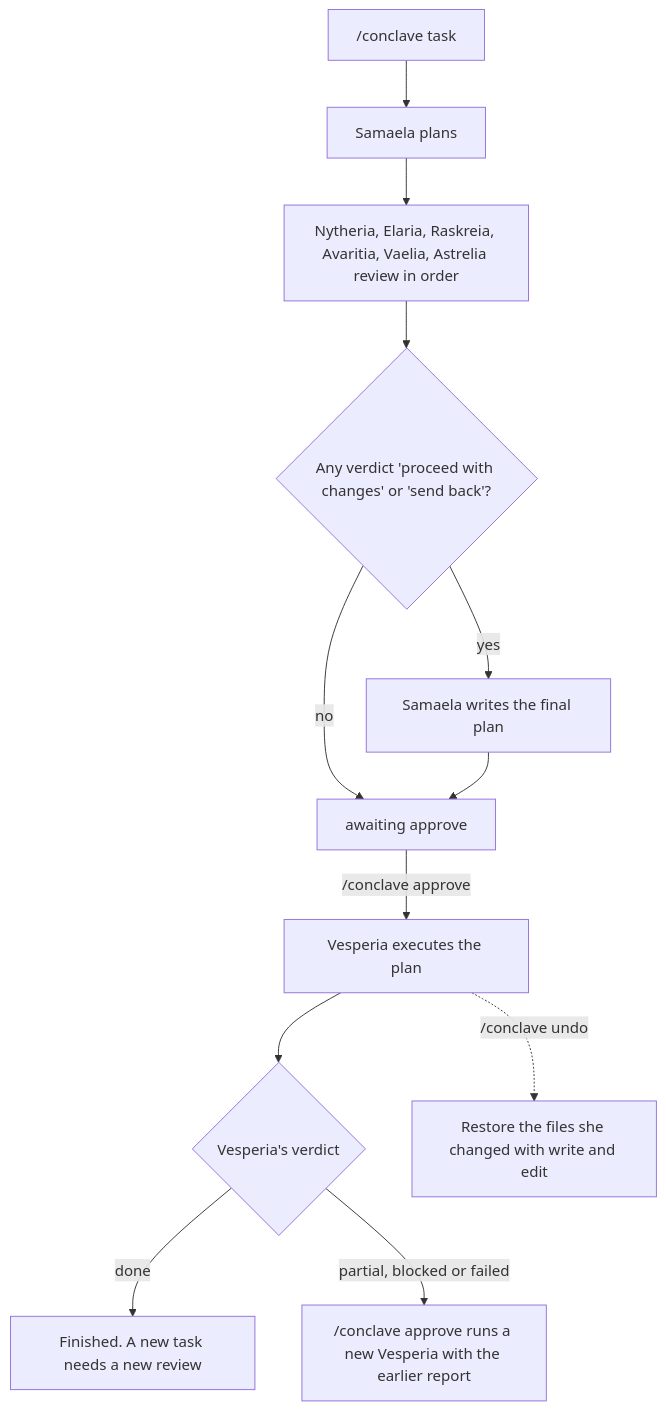
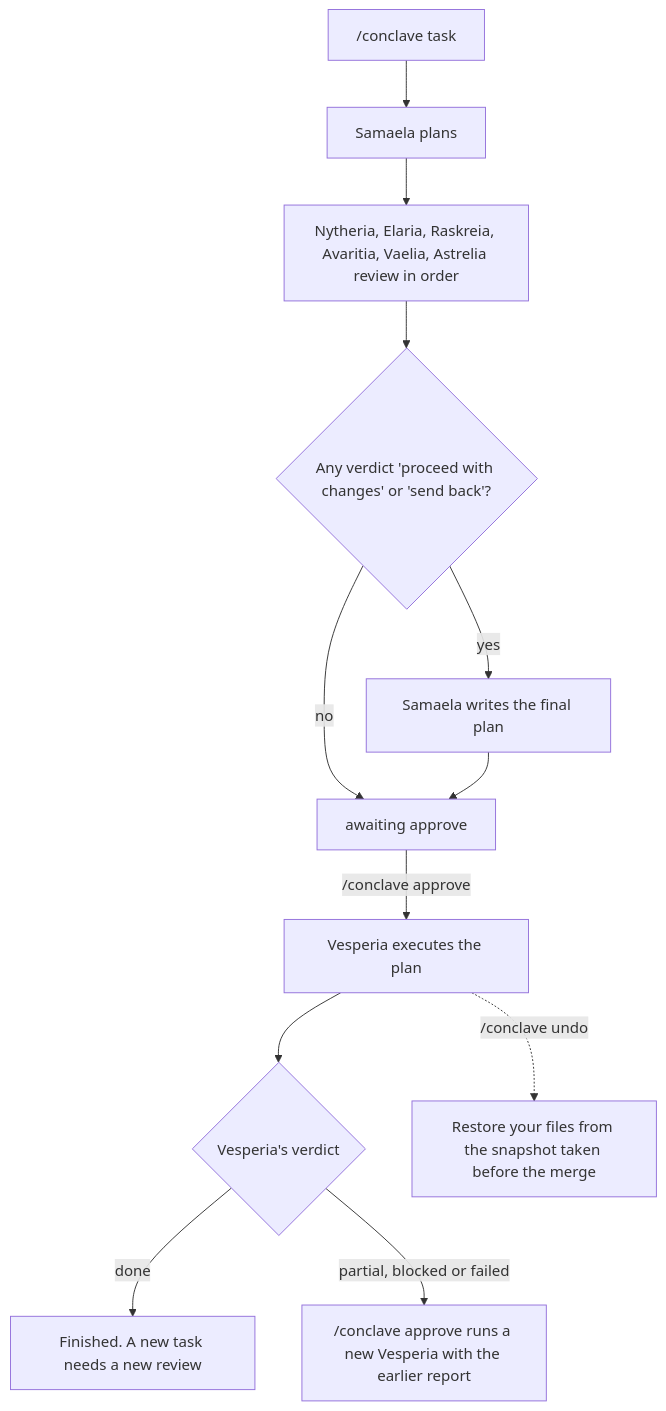
One commit to thelastbodhisattva/piroboros changed the second of 3 diagrams in README.md. Above: the diagram before and after it, drawn with Mermaid. The commit also changed other lines of this file and 5 other files, not shown here.

````diff
--- a/README.md
+++ b/README.md
@@ -63,14 +64,14 @@
 ```mermaid
 flowchart TD
   task["/conclave task"] --> plan["Samaela plans"]
   plan --> review["Nytheria, Elaria, Raskreia, Avaritia, Vaelia, Astrelia review in order"]
   review --> verdicts{"Any verdict 'proceed with changes' or 'send back'?"}
   verdicts -->|"yes"| final["Samaela writes the final plan"]
   verdicts -->|"no"| wait["awaiting approve"]
   final --> wait
   wait -->|"/conclave approve"| exec["Vesperia executes the plan"]
   exec --> verdict{"Vesperia's verdict"}
   verdict -->|"done"| fin["Finished. A new task needs a new review"]
   verdict -->|"partial, blocked or failed"| again["/conclave approve runs a new Vesperia with the earlier report"]
-  exec -.->|"/conclave undo"| undo["Restore the files she changed with write and edit"]
+  exec -.->|"/conclave undo"| undo["Restore your files from the snapshot taken before the merge"]
 ```
````
